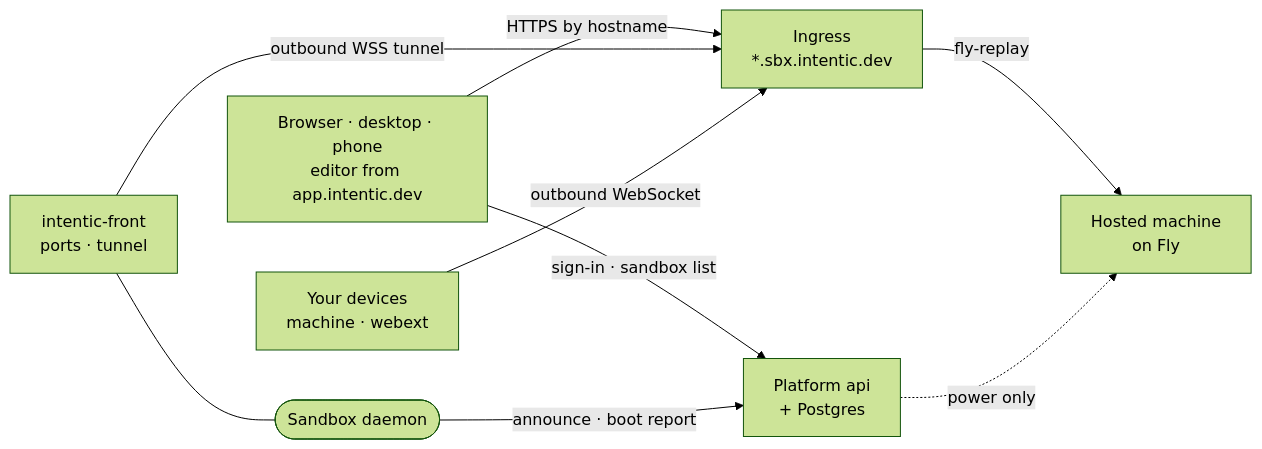
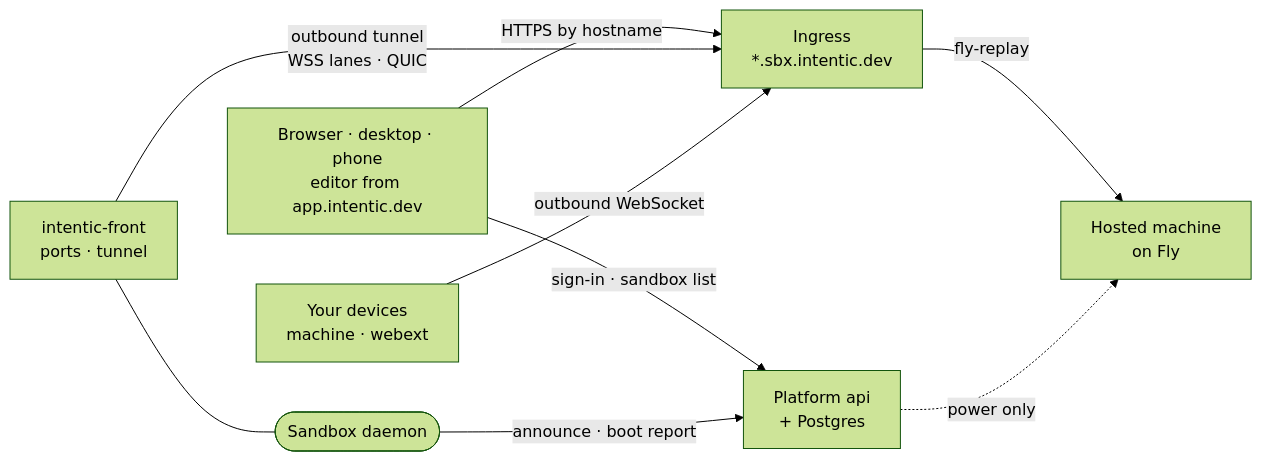
Before and after one commit to intentic/intentic: the diagram in docs/architecture/topology.md, drawn with Mermaid (forest theme). The commit also changed other lines of this file and 313 other files, not shown here.

First line of the commit message:
feat(sandbox): wire terminalChannel over WebTransport tunnel-lanes through Rust ingress

````diff
--- a/docs/architecture/topology.md
+++ b/docs/architecture/topology.md
@@ -5,18 +5,18 @@
 ```mermaid
 flowchart LR
     browser["Browser · desktop · phone<br/>editor from app.intentic.dev"]
     api["Platform api<br/>+ Postgres"]
     ingress["Ingress<br/>*.sbx.intentic.dev"]
     front["intentic-front<br/>ports · tunnel"]
     daemon(["Sandbox daemon"])
     device["Your devices<br/>machine · webext"]
     fly["Hosted machine<br/>on Fly"]
     browser -->|"sign-in · sandbox list"| api
     browser -->|"HTTPS by hostname"| ingress
-    front -->|"outbound WSS tunnel"| ingress
+    front -->|"outbound tunnel<br/>WSS lanes · QUIC"| ingress
     front --- daemon
     daemon -->|"announce · boot report"| api
     device -->|"outbound WebSocket"| ingress
     ingress -->|"fly-replay"| fly
     api -.->|"power only"| fly
 ```
````
